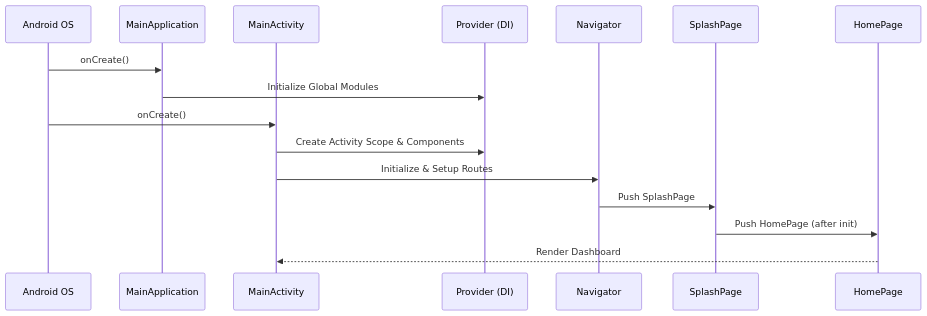
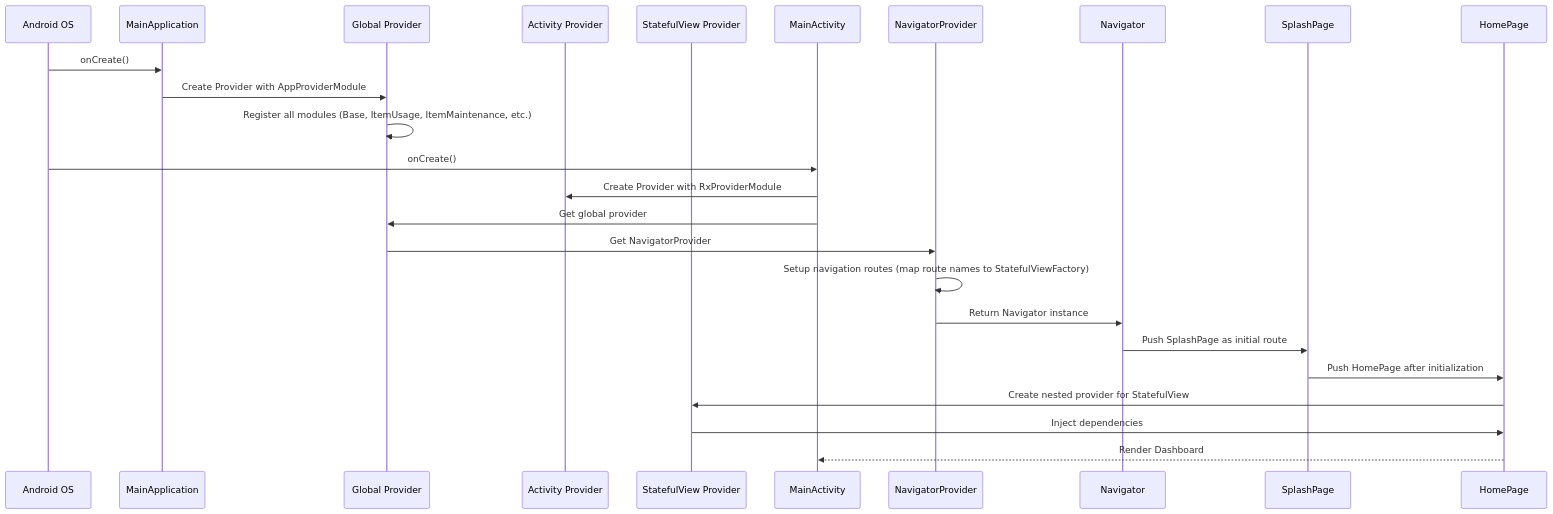
The second of 3 diagrams in README.md (rh-id/a-personal-stuff), drawn with Mermaid before and after one commit. The commit also changed other lines of this file, not shown here.

````diff
--- a/README.md
+++ b/README.md
@@ -101,19 +206,29 @@
 ```mermaid
 sequenceDiagram
     participant OS as Android OS
     participant App as MainApplication
+    participant GP as Global Provider
+    participant AP as Activity Provider
+    participant SV as StatefulView Provider
     participant Activity as MainActivity
-    participant Provider as Provider (DI)
+    participant NP as NavigatorProvider
     participant Nav as Navigator
     participant Splash as SplashPage
     participant Home as HomePage
 
     OS->>App: onCreate()
-    App->>Provider: Initialize Global Modules
+    App->>GP: Create Provider with AppProviderModule
+    GP->>GP: Register all modules (Base, ItemUsage, ItemMaintenance, etc.)
+
     OS->>Activity: onCreate()
-    Activity->>Provider: Create Activity Scope & Components
-    Activity->>Nav: Initialize & Setup Routes
-    Nav->>Splash: Push SplashPage
-    Splash->>Home: Push HomePage (after init)
+    Activity->>AP: Create Provider with RxProviderModule
+    Activity->>GP: Get global provider
+    GP->>NP: Get NavigatorProvider
+    NP->>NP: Setup navigation routes (map route names to StatefulViewFactory)
+    NP->>Nav: Return Navigator instance
+    Nav->>Splash: Push SplashPage as initial route
+    Splash->>Home: Push HomePage after initialization
+    Home->>SV: Create nested provider for StatefulView
+    SV->>Home: Inject dependencies
     Home-->>Activity: Render Dashboard
 ```
````
